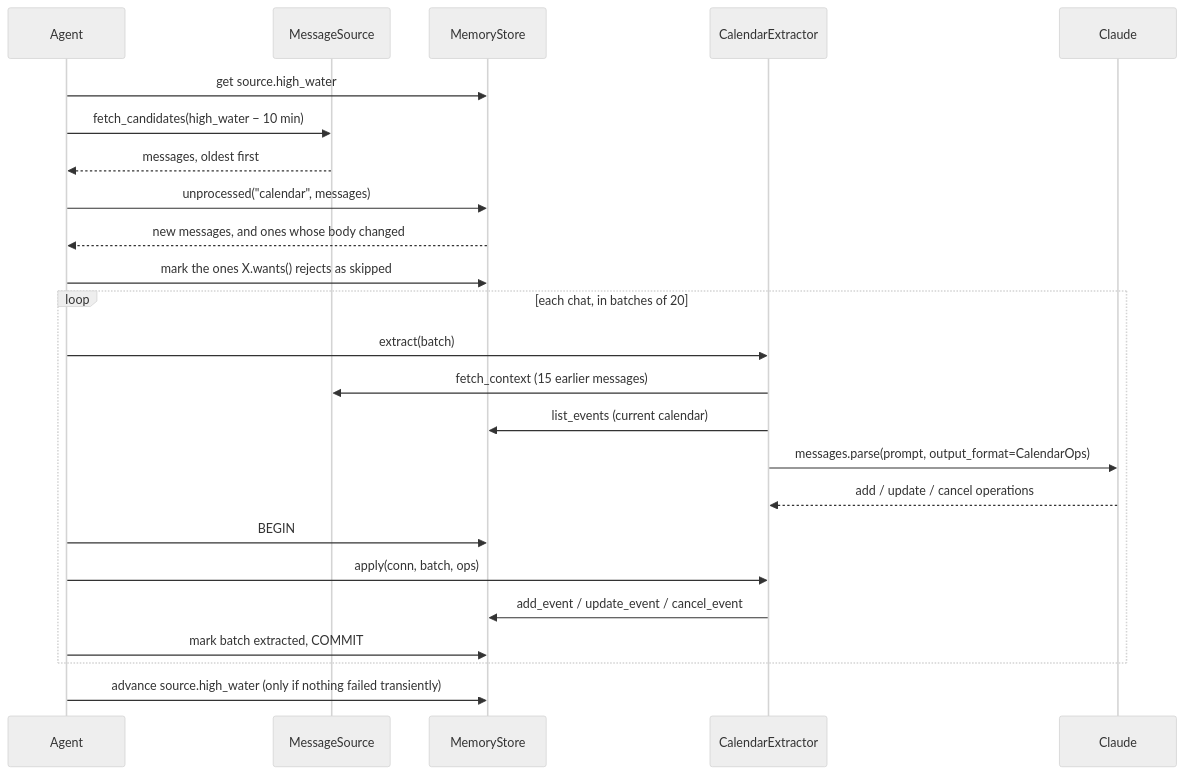
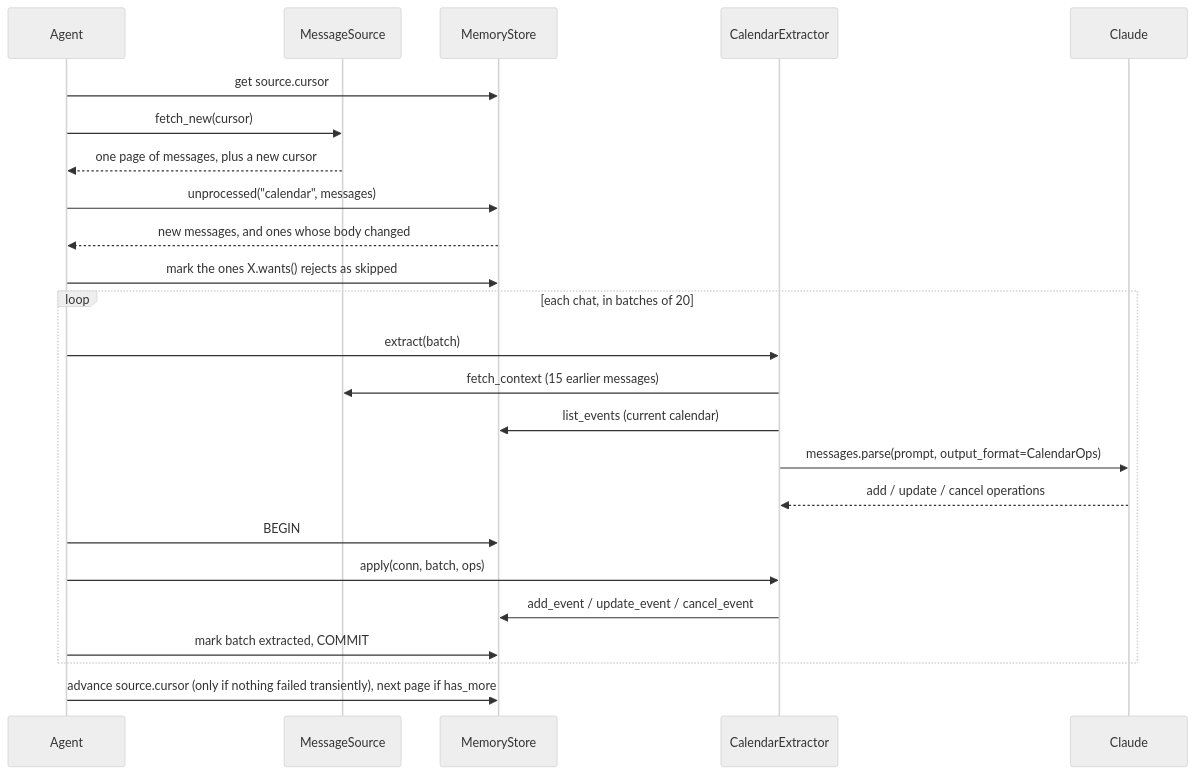
Before and after one commit to tongtianqi777/seth-agent: the second of 2 diagrams in docs/DEVELOPMENT.md, drawn with Mermaid (neutral theme). The commit also changed other lines of this file and 17 other files, not shown here.

````diff
--- a/docs/DEVELOPMENT.md
+++ b/docs/DEVELOPMENT.md
@@ -72,26 +73,26 @@
 ```mermaid
 sequenceDiagram
     participant A as Agent
     participant S as MessageSource
     participant M as MemoryStore
     participant X as CalendarExtractor
     participant C as Claude
-    A->>M: get source.high_water
-    A->>S: fetch_candidates(high_water − 10 min)
-    S-->>A: messages, oldest first
+    A->>M: get source.cursor
+    A->>S: fetch_new(cursor)
+    S-->>A: one page of messages, plus a new cursor
     A->>M: unprocessed("calendar", messages)
     M-->>A: new messages, and ones whose body changed
     A->>M: mark the ones X.wants() rejects as skipped
     loop each chat, in batches of 20
         A->>X: extract(batch)
         X->>S: fetch_context (15 earlier messages)
         X->>M: list_events (current calendar)
         X->>C: messages.parse(prompt, output_format=CalendarOps)
         C-->>X: add / update / cancel operations
         A->>M: BEGIN
         A->>X: apply(conn, batch, ops)
         X->>M: add_event / update_event / cancel_event
         A->>M: mark batch extracted, COMMIT
     end
-    A->>M: advance source.high_water (only if nothing failed transiently)
+    A->>M: advance source.cursor (only if nothing failed transiently), next page if has_more
 ```
````
